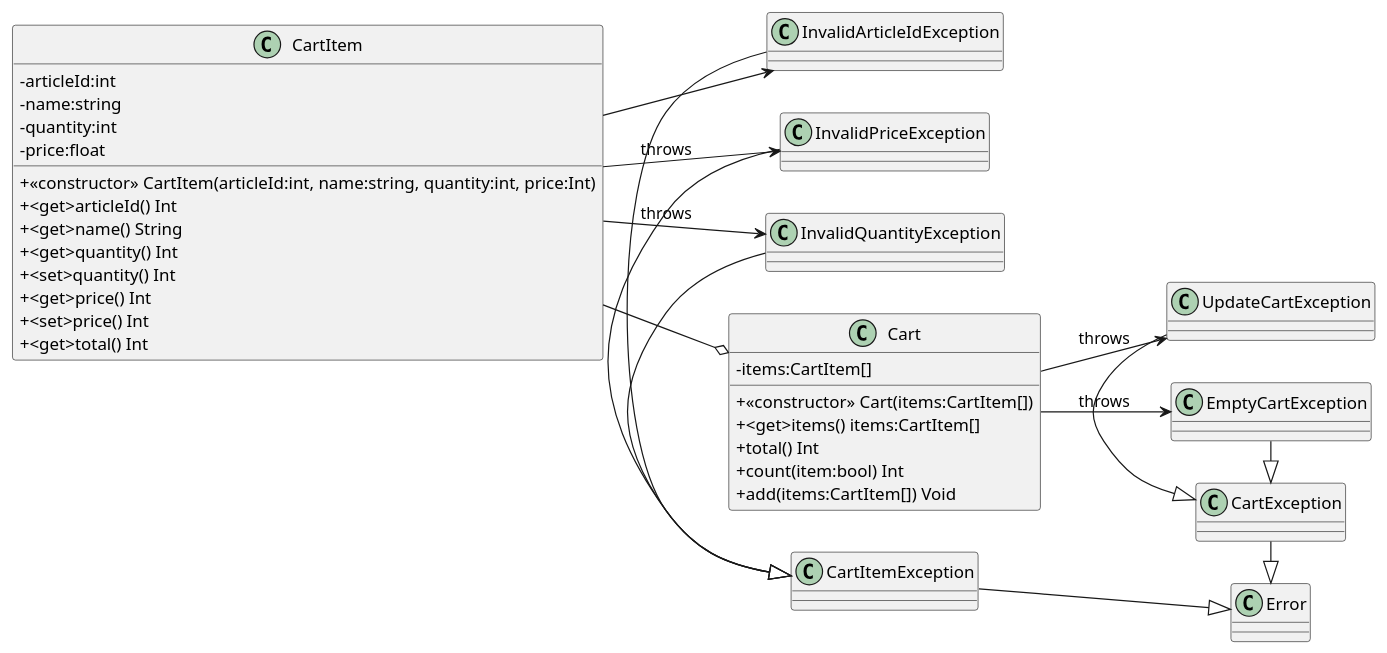
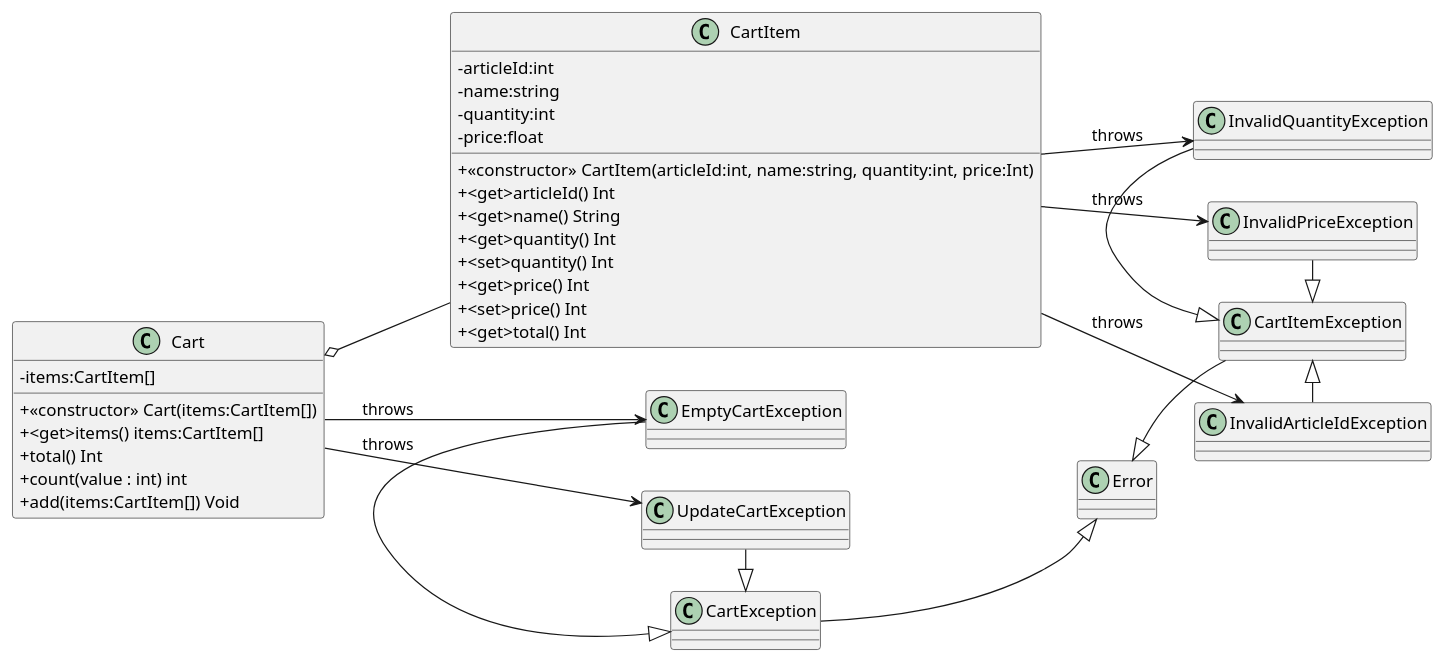
Before and after one commit to T5uy0/Shopping-JulienSchneider: the diagram in docs/class-diagram.puml, drawn with PlantUML.

Commit message:
docs: update class diagram

```diff
--- a/docs/class-diagram.puml
+++ b/docs/class-diagram.puml
@@ -1,64 +1,65 @@
 @startuml
 
 left to right direction
 skinparam classAttributeIconSize 0
 
 'Classes declaration
 class CartItem {
 
     - articleId:int
     - name:string
     - quantity:int
     - price:float
 
     + <<constructor>> CartItem(articleId:int, name:string, quantity:int, price:Int)
     +<get>articleId() Int
     +<get>name() String
     +<get>quantity() Int
     +<set>quantity() Int
     +<get>price() Int
     +<set>price() Int
     +<get>total() Int
 }
 
 class Cart {
     - items:CartItem[]
     + <<constructor>> Cart(items:CartItem[])
     +<get>items() items:CartItem[]
     + total() Int
-    + count(item:bool) Int
+    + count(value : int) int
     + add(items:CartItem[]) Void
 }
 
 class Error{}
 'CartItem
 class CartItemException{}
 class InvalidArticleIdException{}
 class InvalidQuantityException{}
 class InvalidPriceException{}
 
 'Cart
 class CartException{}
 class EmptyCartException{}
 class UpdateCartException{}
 
-CartItem --o Cart
+
+'CartItem
+
+CartItem --> InvalidArticleIdException: throws
+CartItem --> InvalidQuantityException : throws
+CartItem --> InvalidPriceException : throws
+
+Cart o-- CartItem
 Cart --> EmptyCartException : throws
 Cart --> UpdateCartException : throws
 CartException -|> Error
 EmptyCartException -|> CartException
 UpdateCartException -|> CartException
 
-'CartItem
-CartItem --> InvalidArticleIdException
-CartItem --> InvalidQuantityException : throws
-CartItem --> InvalidPriceException : throws
 
-InvalidArticleIdException -|> CartItemException
+Error <|- CartItemException
 InvalidPriceException -|> CartItemException
 InvalidQuantityException -|> CartItemException
-CartItemException -|> Error
-
-
+CartItemException <|- InvalidArticleIdException
 
 @enduml
```
